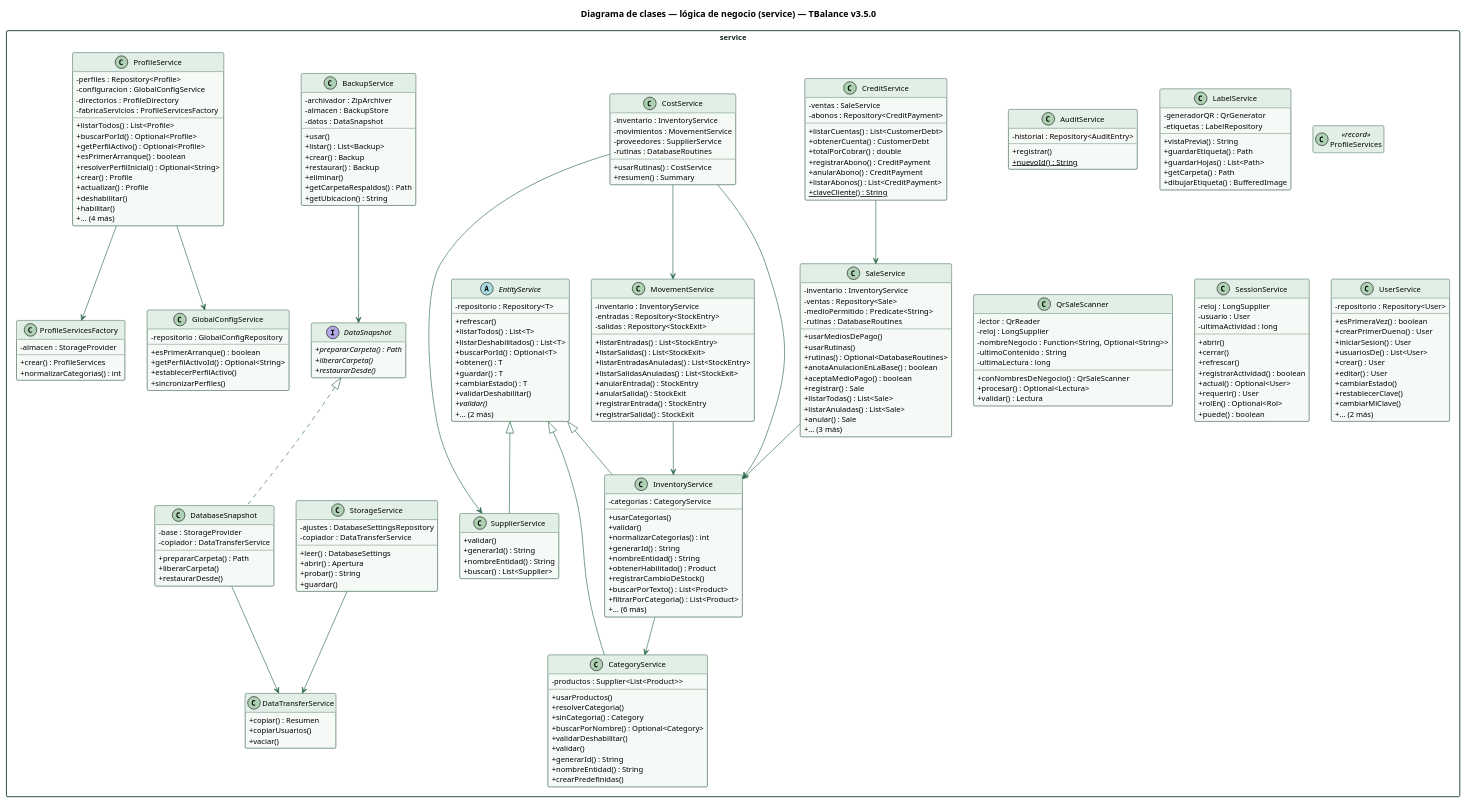
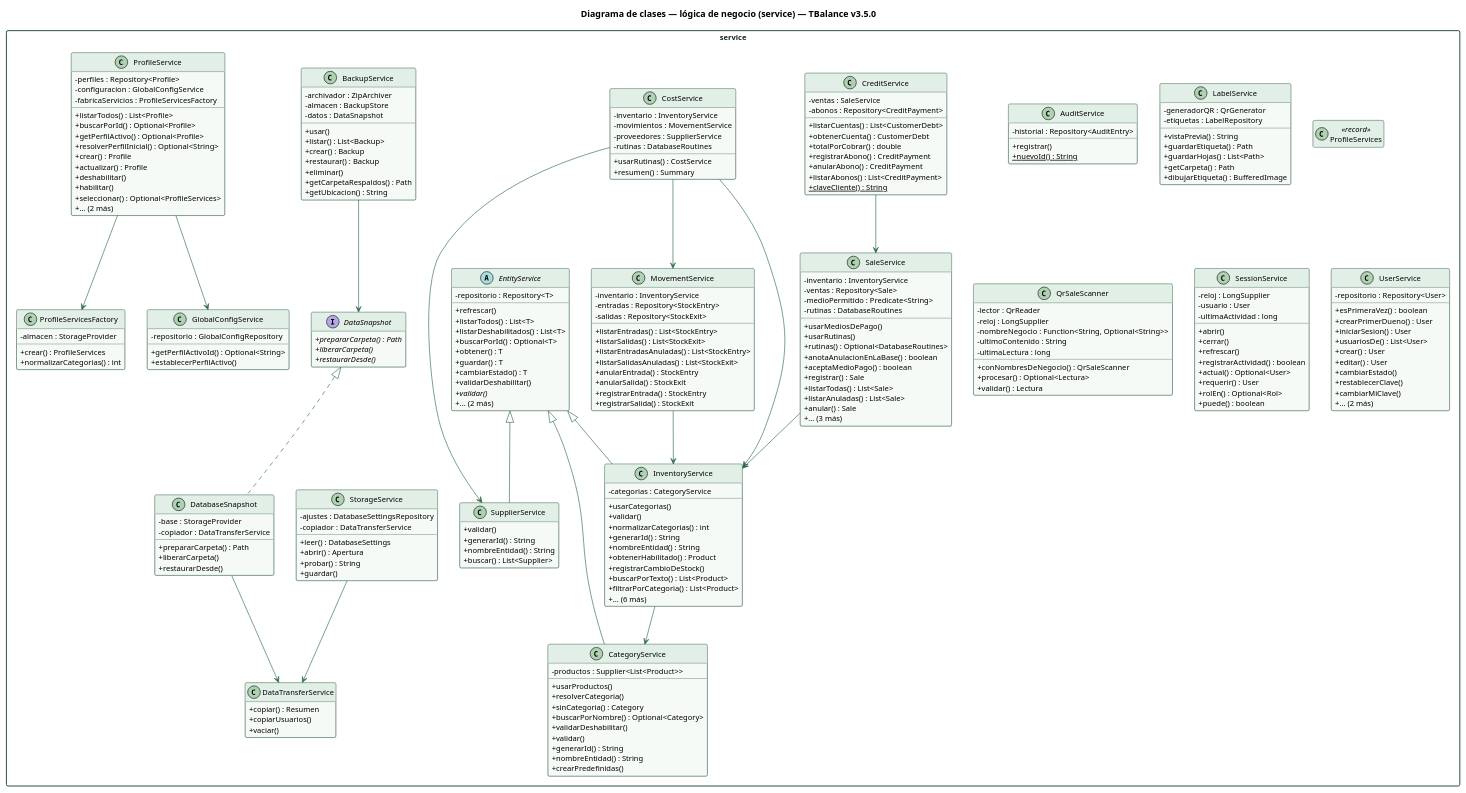
The diagram in docs/diagramas/clases-servicios.puml (erickf-dev/TBalance), drawn with PlantUML before and after one commit. The commit also changed 33 other files, not shown here.

```diff
--- a/docs/diagramas/clases-servicios.puml
+++ b/docs/diagramas/clases-servicios.puml
@@ -99,10 +99,8 @@
 }
 class GlobalConfigService {
   - repositorio : GlobalConfigRepository
-  + esPrimerArranque() : boolean
   + getPerfilActivoId() : Optional<String>
   + establecerPerfilActivo()
-  + sincronizarPerfiles()
 }
 class InventoryService {
   - categorias : CategoryService
@@ -142,18 +140,17 @@
 class ProfileService {
   - perfiles : Repository<Profile>
   - configuracion : GlobalConfigService
-  - directorios : ProfileDirectory
   - fabricaServicios : ProfileServicesFactory
   + listarTodos() : List<Profile>
   + buscarPorId() : Optional<Profile>
   + getPerfilActivo() : Optional<Profile>
-  + esPrimerArranque() : boolean
   + resolverPerfilInicial() : Optional<String>
   + crear() : Profile
   + actualizar() : Profile
   + deshabilitar()
   + habilitar()
-  + ... (4 más)
+  + seleccionar() : Optional<ProfileServices>
+  + ... (2 más)
 }
 class ProfileServices <<record>> {
 }
```
